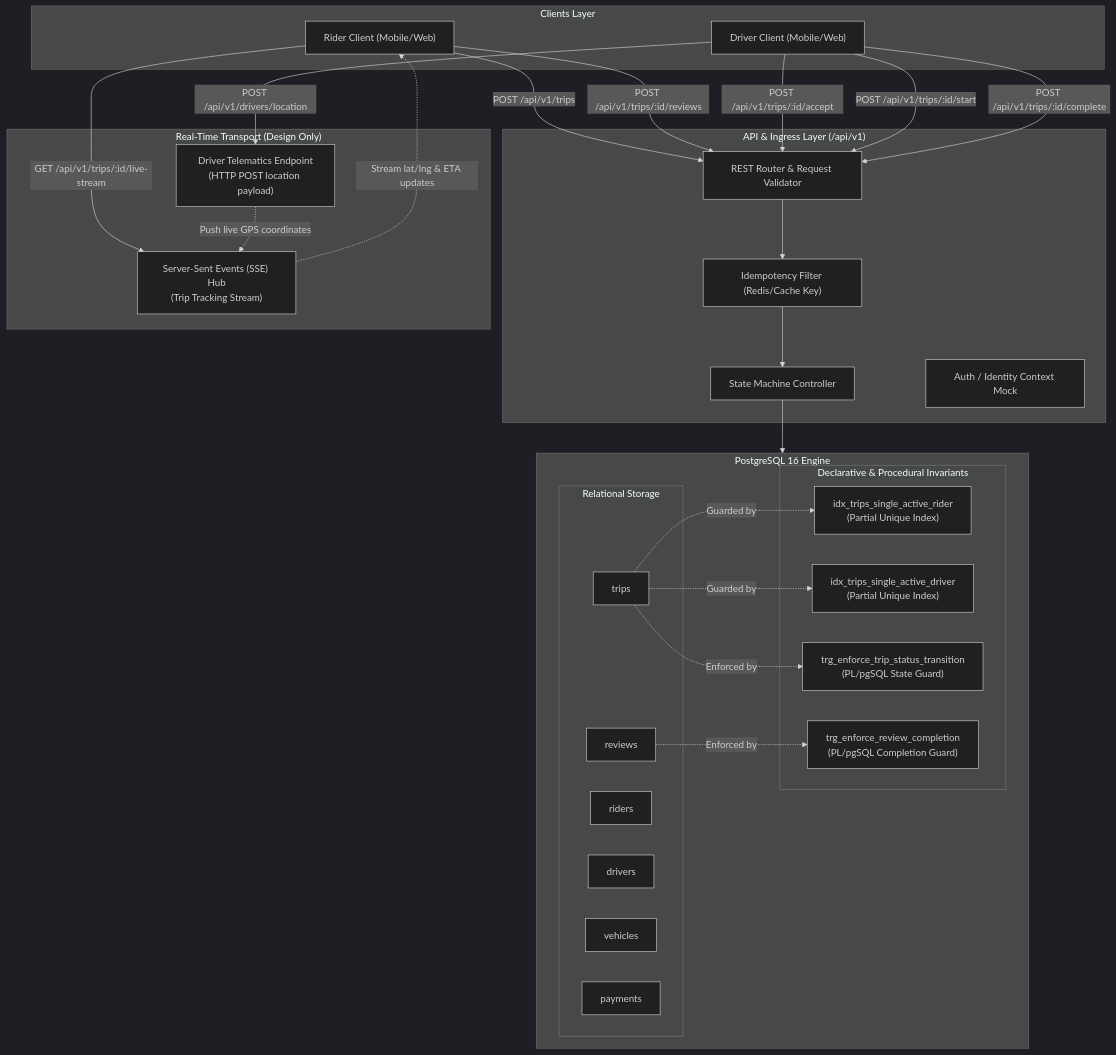
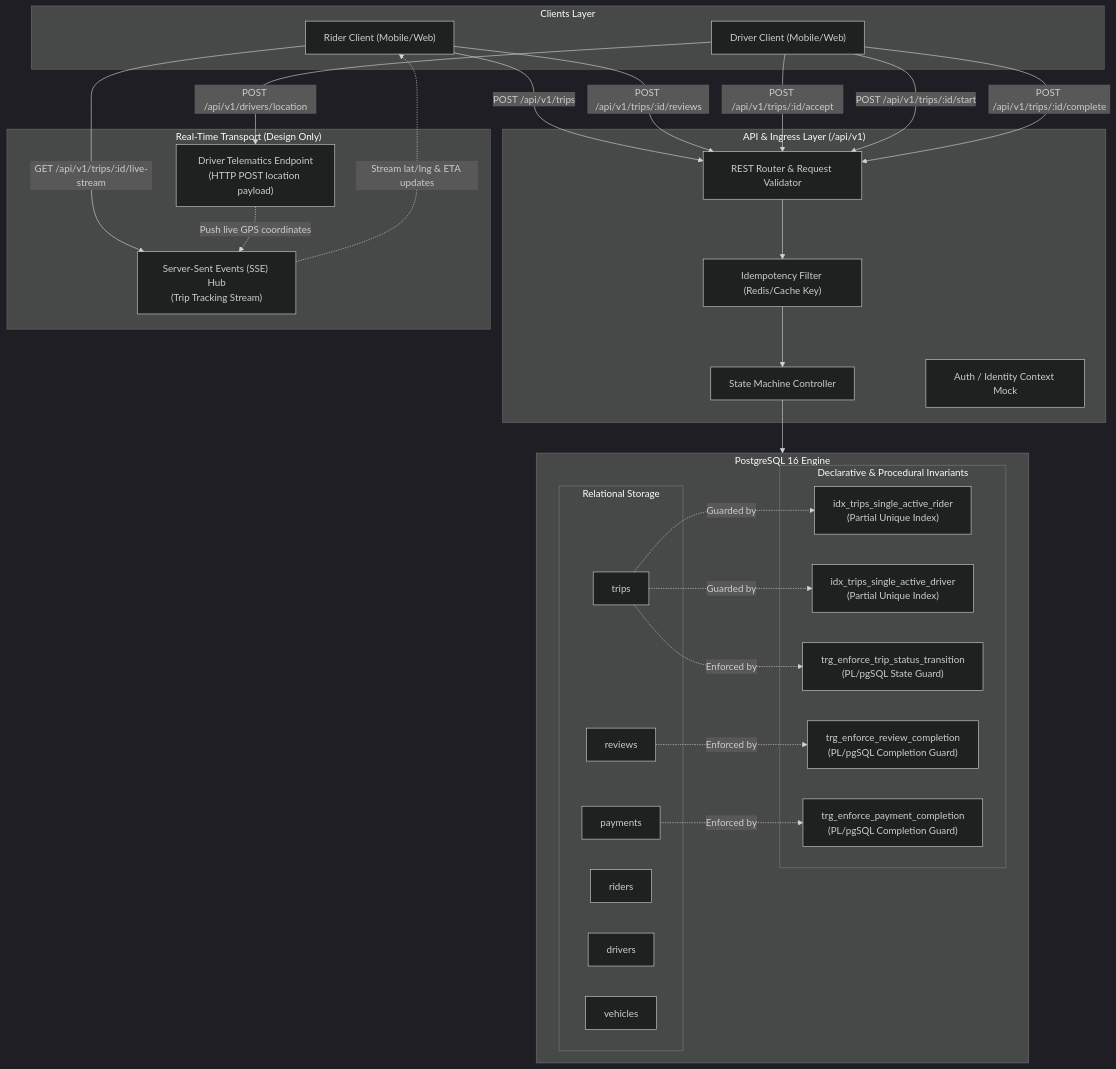
The diagram in evidence/architecture.mermaid (umehchinaemeze-a11y/api-design-and-data-modeling), drawn with Mermaid (dark theme) before and after one commit. The commit also changed 23 other files, not shown here.

```diff
--- a/evidence/architecture.mermaid
+++ b/evidence/architecture.mermaid
@@ -1,54 +1,56 @@
 flowchart TD
     subgraph Clients["Clients Layer"]
         RiderClient["Rider Client (Mobile/Web)"]
         DriverClient["Driver Client (Mobile/Web)"]
     end
 
     subgraph APILayer["API & Ingress Layer (/api/v1)"]
         RESTRouter["REST Router & Request Validator"]
         IdempotencyGuard["Idempotency Filter (Redis/Cache Key)"]
         StateGuard["State Machine Controller"]
         AuthMock["Auth / Identity Context Mock"]
     end
 
     subgraph RealTime["Real-Time Transport (Design Only)"]
         SSEHub["Server-Sent Events (SSE) Hub\n(Trip Tracking Stream)"]
         LocationIngest["Driver Telematics Endpoint\n(HTTP POST location payload)"]
     end
 
     subgraph DatabaseLayer["PostgreSQL 16 Engine"]
         subgraph Tables["Relational Storage"]
             T_Riders["riders"]
             T_Drivers["drivers"]
             T_Vehicles["vehicles"]
             T_Trips["trips"]
             T_Payments["payments"]
             T_Reviews["reviews"]
         end
 
         subgraph Invariants["Declarative & Procedural Invariants"]
             IdxRiderActive["idx_trips_single_active_rider\n(Partial Unique Index)"]
             IdxDriverActive["idx_trips_single_active_driver\n(Partial Unique Index)"]
             TrgTransition["trg_enforce_trip_status_transition\n(PL/pgSQL State Guard)"]
             TrgReview["trg_enforce_review_completion\n(PL/pgSQL Completion Guard)"]
+            TrgPayment["trg_enforce_payment_completion\n(PL/pgSQL Completion Guard)"]
         end
     end
 
     %% Client flows
     RiderClient -->|"POST /api/v1/trips"| RESTRouter
     RiderClient -->|"GET /api/v1/trips/:id/live-stream"| SSEHub
     RiderClient -->|"POST /api/v1/trips/:id/reviews"| RESTRouter
     DriverClient -->|"POST /api/v1/trips/:id/accept"| RESTRouter
     DriverClient -->|"POST /api/v1/trips/:id/start"| RESTRouter
     DriverClient -->|"POST /api/v1/trips/:id/complete"| RESTRouter
     DriverClient -->|"POST /api/v1/drivers/location"| LocationIngest
 
     LocationIngest -.->|"Push live GPS coordinates"| SSEHub
     SSEHub -.->|"Stream lat/lng & ETA updates"| RiderClient
 
     RESTRouter --> IdempotencyGuard --> StateGuard --> DatabaseLayer
     
     T_Trips -.->|"Guarded by"| IdxRiderActive
     T_Trips -.->|"Guarded by"| IdxDriverActive
     T_Trips -.->|"Enforced by"| TrgTransition
     T_Reviews -.->|"Enforced by"| TrgReview
+    T_Payments -.->|"Enforced by"| TrgPayment
```
